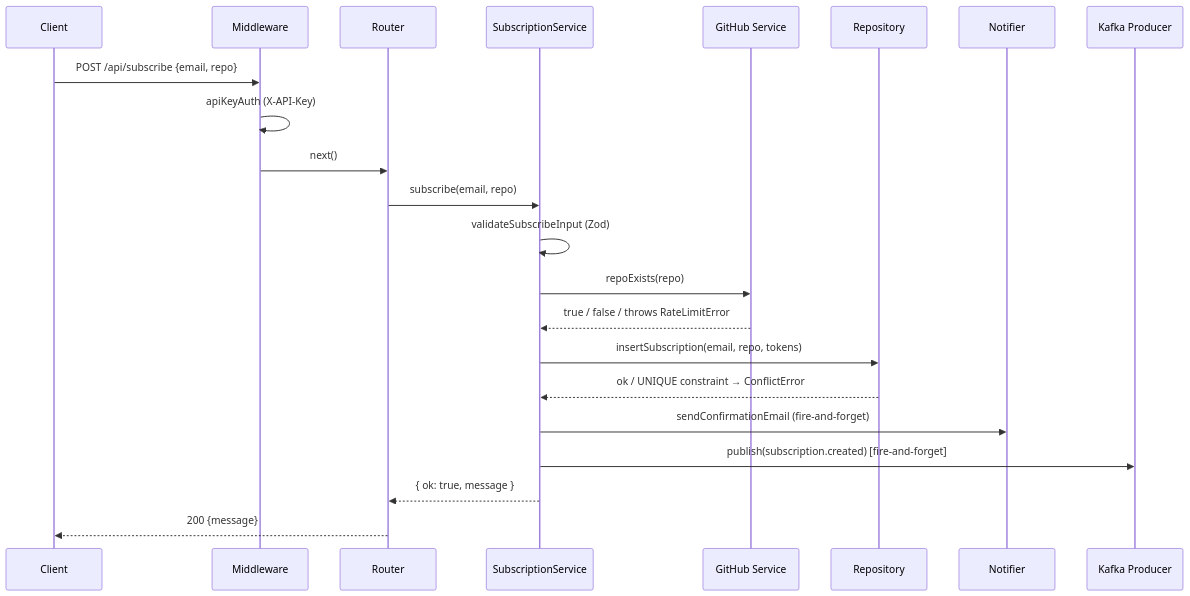
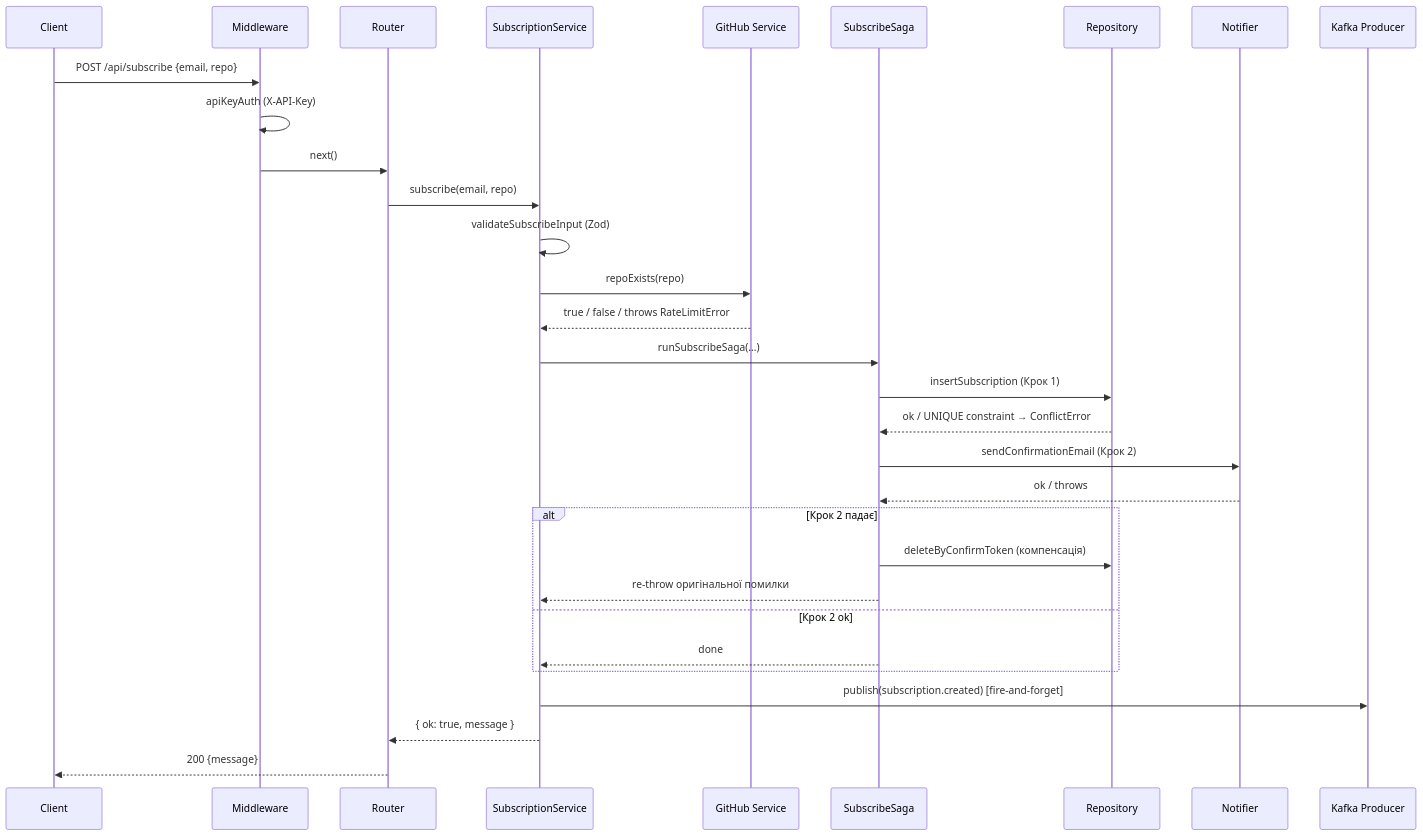
Before and after one commit to GenesisEducationKyiv/software-engineering-school-6-0-Official-Echo: the fourth of 10 diagrams in docs/SYSTEM_DESIGN.md, drawn with Mermaid. The commit also changed other lines of this file, not shown here.

````diff
--- a/docs/SYSTEM_DESIGN.md
+++ b/docs/SYSTEM_DESIGN.md
@@ -156,25 +177,34 @@
 ```mermaid
 sequenceDiagram
     participant C as Client
     participant MW as Middleware
     participant R as Router
     participant SVC as SubscriptionService
     participant GH as GitHub Service
+    participant SAGA as SubscribeSaga
     participant DB as Repository
     participant NF as Notifier
     participant KP as Kafka Producer
 
     C->>MW: POST /api/subscribe {email, repo}
     MW->>MW: apiKeyAuth (X-API-Key)
     MW->>R: next()
     R->>SVC: subscribe(email, repo)
     SVC->>SVC: validateSubscribeInput (Zod)
     SVC->>GH: repoExists(repo)
     GH-->>SVC: true / false / throws RateLimitError
-    SVC->>DB: insertSubscription(email, repo, tokens)
-    DB-->>SVC: ok / UNIQUE constraint → ConflictError
-    SVC->>NF: sendConfirmationEmail (fire-and-forget)
+    SVC->>SAGA: runSubscribeSaga(...)
+    SAGA->>DB: insertSubscription (Крок 1)
+    DB-->>SAGA: ok / UNIQUE constraint → ConflictError
+    SAGA->>NF: sendConfirmationEmail (Крок 2)
+    NF-->>SAGA: ok / throws
+    alt Крок 2 падає
+        SAGA->>DB: deleteByConfirmToken (компенсація)
+        SAGA-->>SVC: re-throw оригінальної помилки
+    else Крок 2 ok
+        SAGA-->>SVC: done
+    end
     SVC->>KP: publish(subscription.created) [fire-and-forget]
     SVC-->>R: { ok: true, message }
     R-->>C: 200 {message}
 ```
````
